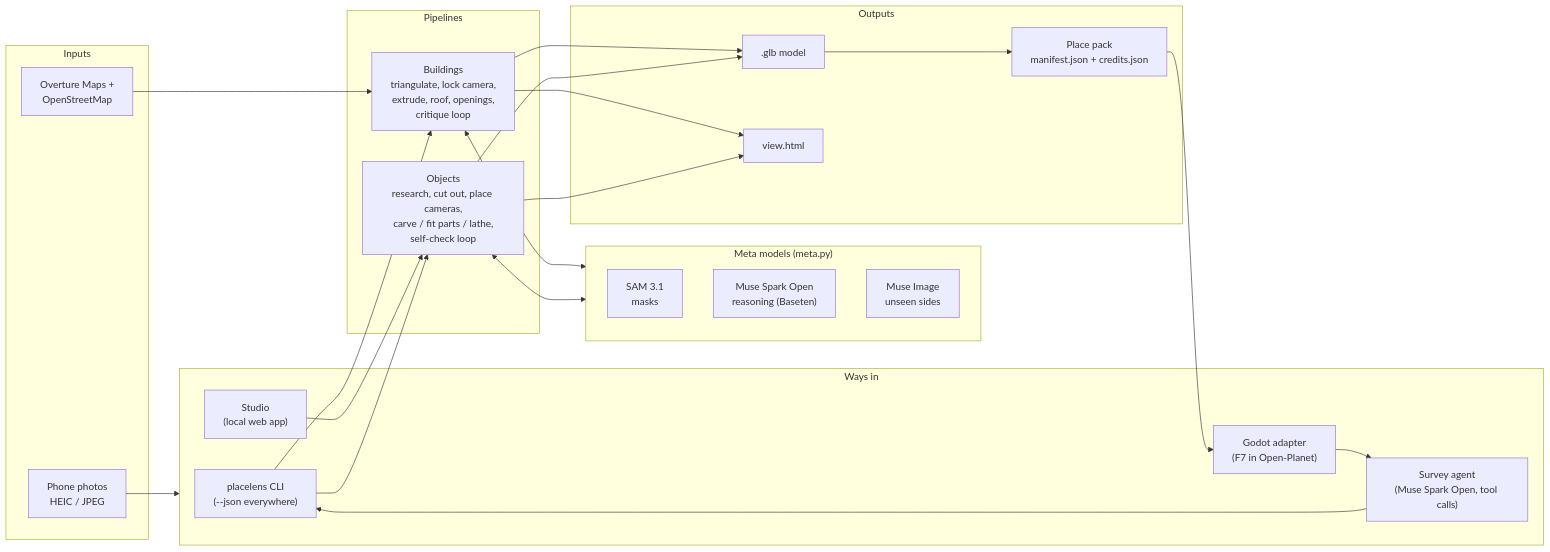
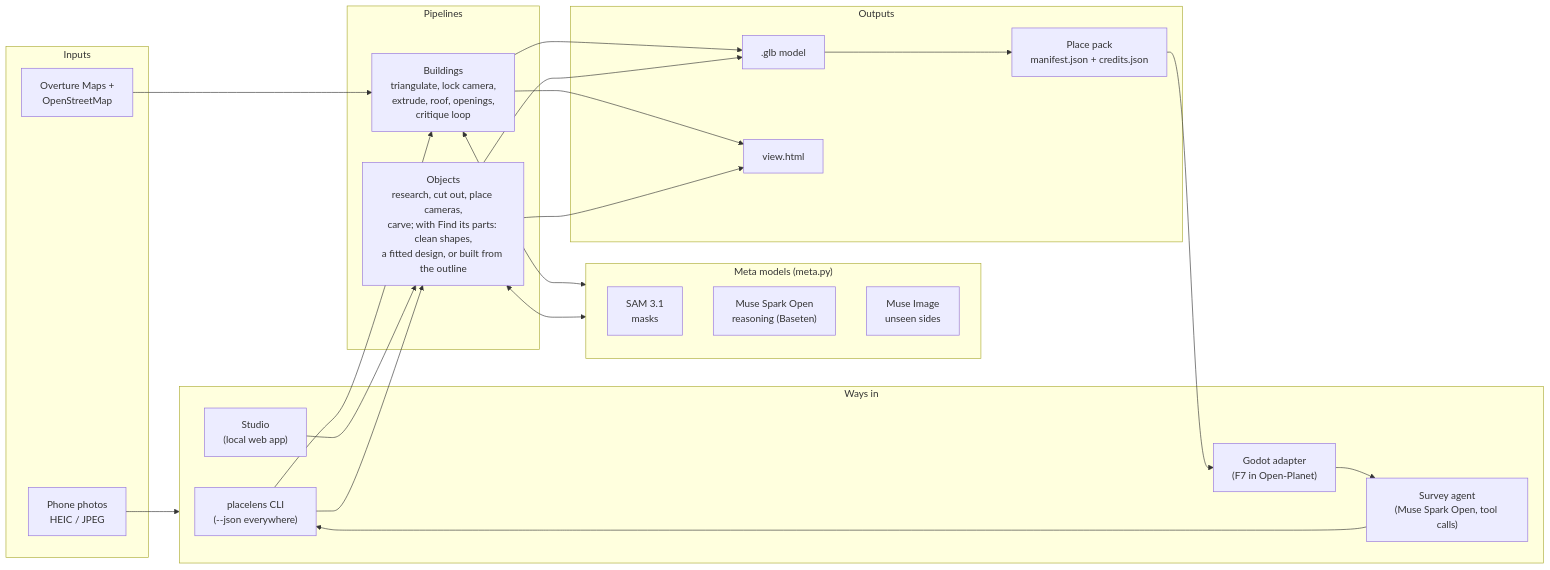
One commit to inlighten420/placelens changed the first of 3 diagrams in docs/ARCHITECTURE.md. Above: the diagram before and after it, drawn with Mermaid. The commit also changed other lines of this file and 30 other files, not shown here.

Commit message:
Find its parts: clean shapes, fitted designs and flat builds from SAM 3.1 part outlines; new examples

````diff
--- a/docs/ARCHITECTURE.md
+++ b/docs/ARCHITECTURE.md
@@ -60,42 +60,42 @@
 ```mermaid
 flowchart LR
     subgraph In["Inputs"]
         P["Phone photos<br/>HEIC / JPEG"]
         M["Overture Maps +<br/>OpenStreetMap"]
     end
 
     subgraph Front["Ways in"]
         CLI["placelens CLI<br/>(--json everywhere)"]
         ST["Studio<br/>(local web app)"]
         AG["Survey agent<br/>(Muse Spark Open, tool calls)"]
         GD["Godot adapter<br/>(F7 in Open-Planet)"]
     end
 
     subgraph Core["Pipelines"]
         B["Buildings<br/>triangulate, lock camera,<br/>extrude, roof, openings,<br/>critique loop"]
-        O["Objects<br/>research, cut out, place cameras,<br/>carve / fit parts / lathe,<br/>self-check loop"]
+        O["Objects<br/>research, cut out, place cameras,<br/>carve; with Find its parts: clean shapes,<br/>a fitted design, or built from the outline"]
     end
 
     subgraph AI["Meta models (meta.py)"]
         SAM["SAM 3.1<br/>masks"]
         MSO["Muse Spark Open<br/>reasoning (Baseten)"]
         MI["Muse Image<br/>unseen sides"]
     end
 
     subgraph Out["Outputs"]
         G[".glb model"]
         H["view.html"]
         PK["Place pack<br/>manifest.json + credits.json"]
     end
 
     P --> Front
     GD --> AG
     ST --> O
     AG --> CLI
     CLI --> B & O
     M --> B
     B & O <--> AI
     B & O --> G & H
     G --> PK
     PK --> GD
 ```
````
